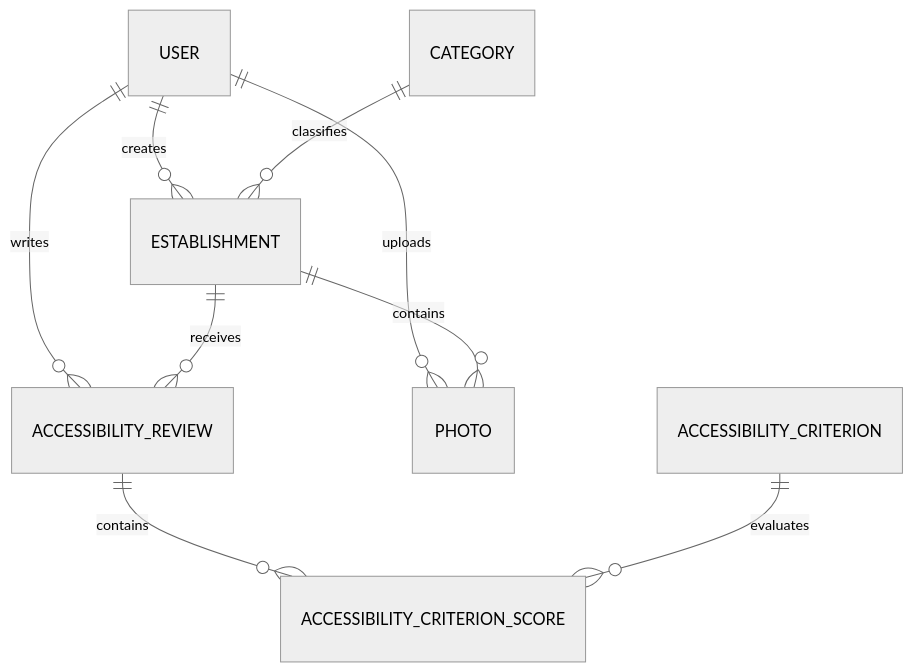
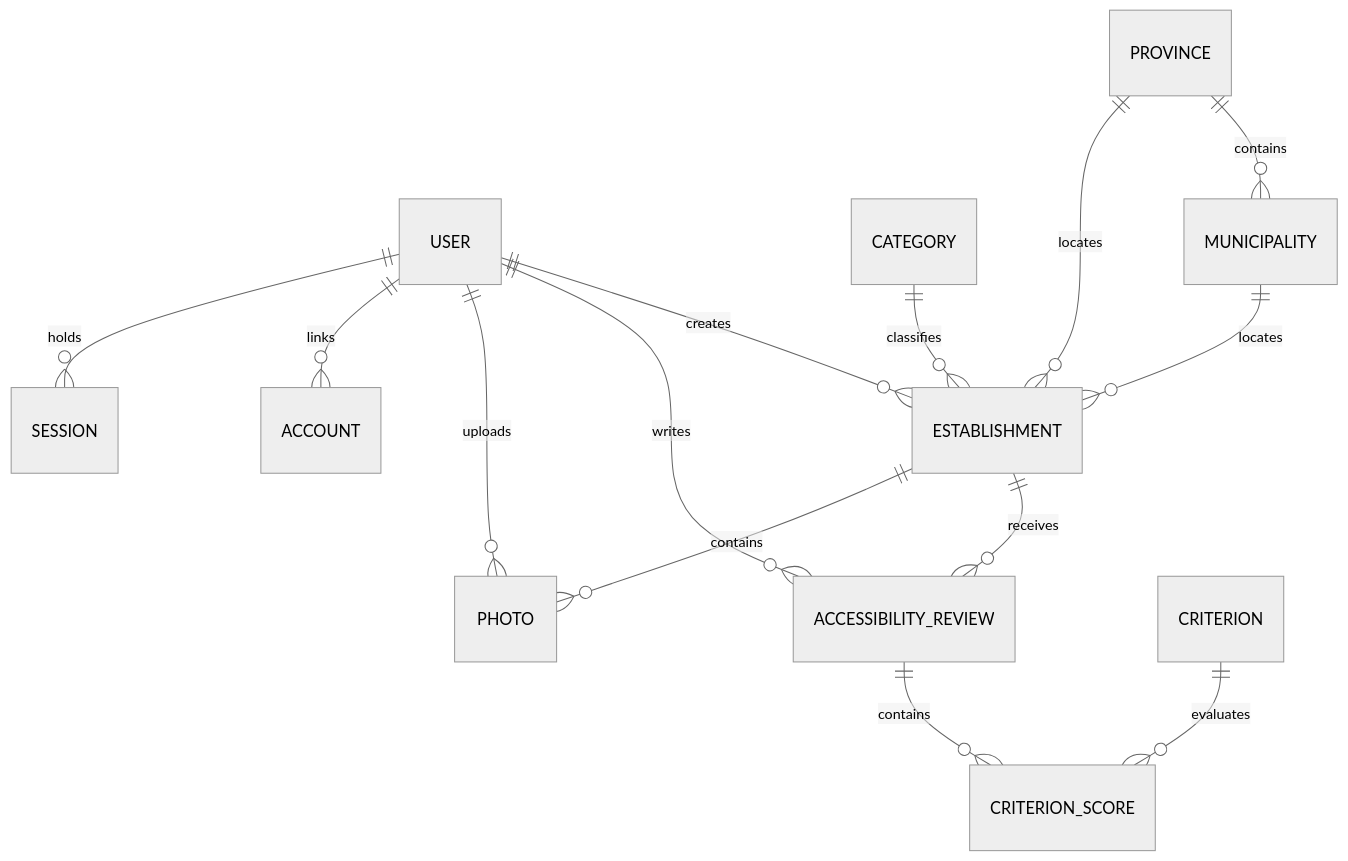
The diagram in .specs/core/001-domain-model.md (sernalovic/accesibilidad-360), drawn with Mermaid (neutral theme) before and after one commit. The commit also changed other lines of this file and 44 other files, not shown here.

````diff
--- a/.specs/core/001-domain-model.md
+++ b/.specs/core/001-domain-model.md
@@ -448,16 +535,24 @@
 ```mermaid
 erDiagram
 
 USER ||--o{ ESTABLISHMENT : creates
 USER ||--o{ ACCESSIBILITY_REVIEW : writes
 USER ||--o{ PHOTO : uploads
 
 CATEGORY ||--o{ ESTABLISHMENT : classifies
 
+PROVINCE ||--o{ MUNICIPALITY : contains
+PROVINCE ||--o{ ESTABLISHMENT : locates
+
+MUNICIPALITY ||--o{ ESTABLISHMENT : locates
+
 ESTABLISHMENT ||--o{ ACCESSIBILITY_REVIEW : receives
 ESTABLISHMENT ||--o{ PHOTO : contains
 
-ACCESSIBILITY_REVIEW ||--o{ ACCESSIBILITY_CRITERION_SCORE : contains
+ACCESSIBILITY_REVIEW ||--o{ CRITERION_SCORE : contains
 
-ACCESSIBILITY_CRITERION ||--o{ ACCESSIBILITY_CRITERION_SCORE : evaluates
+CRITERION ||--o{ CRITERION_SCORE : evaluates
+
+USER ||--o{ ACCOUNT : links
+USER ||--o{ SESSION : holds
 ```
````
